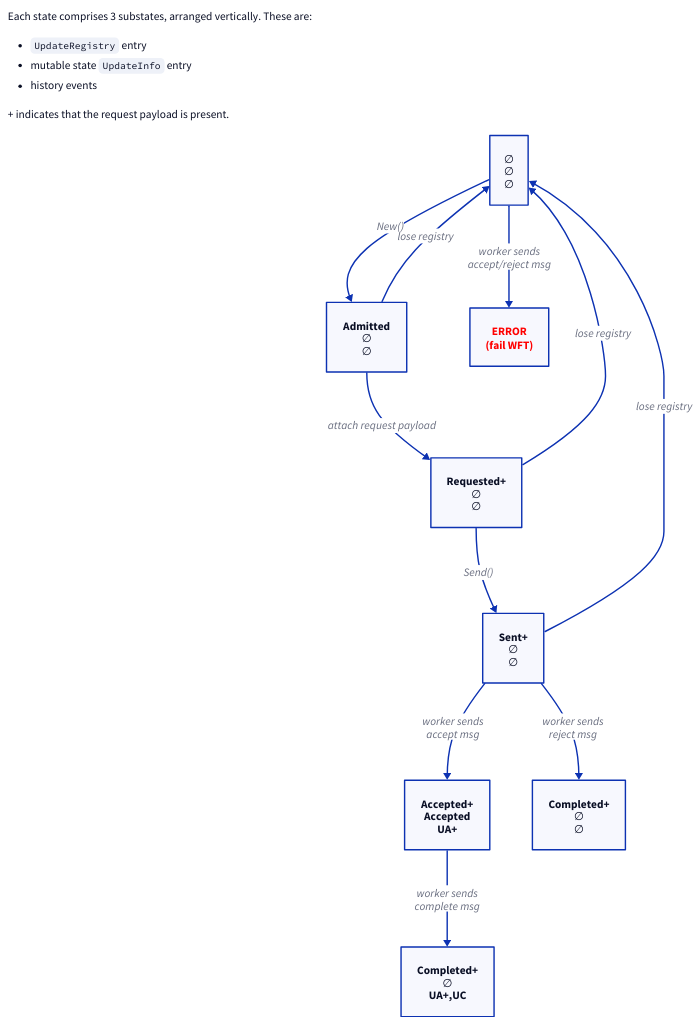
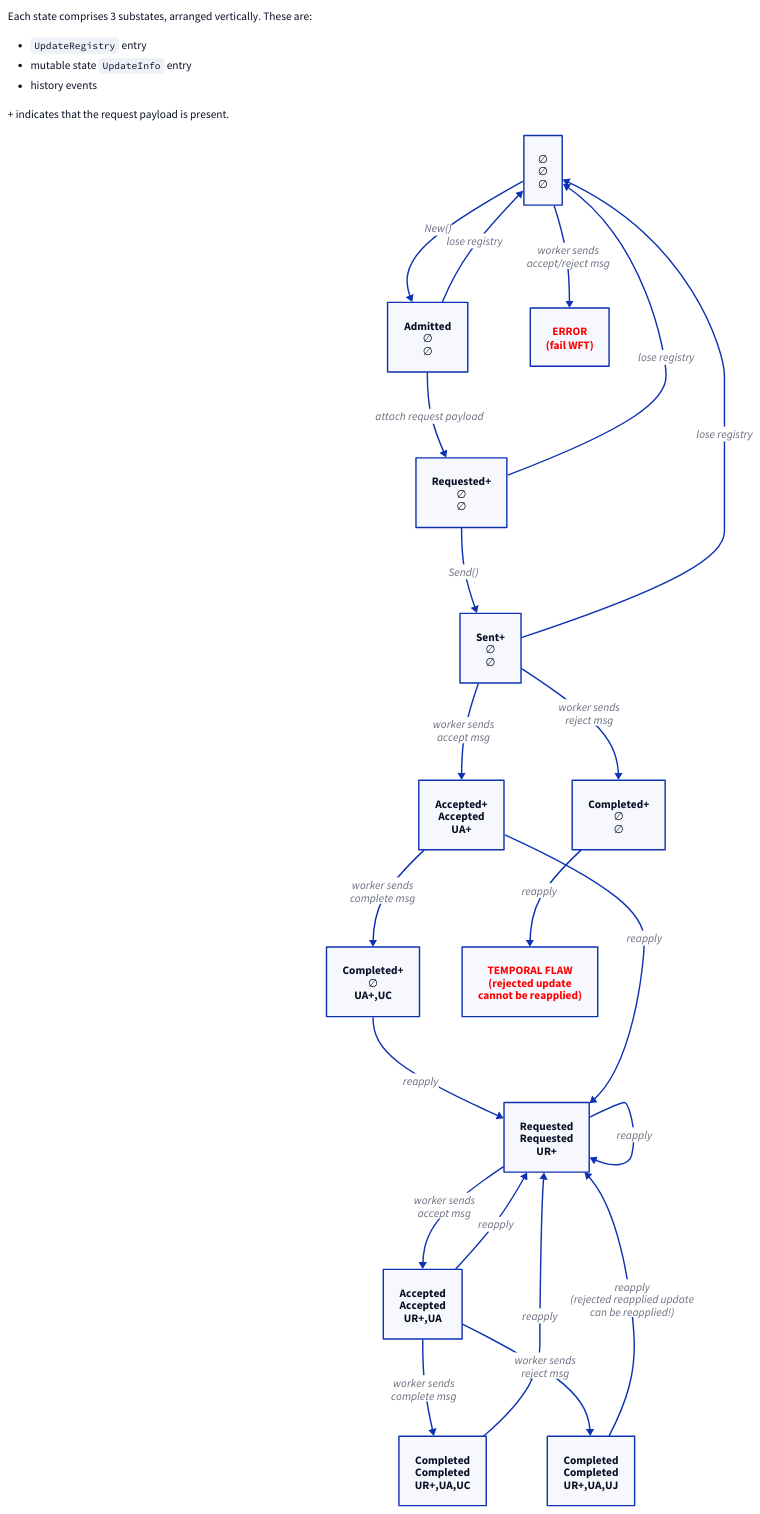
One commit to dandavison/temporalio-notes changed the diagram in diagrams/update-sm-all.d2. Above: the diagram before and after it, drawn with D2.

Commit message:
Add reapply state machine

```diff
--- a/diagrams/update-sm-all.d2
+++ b/diagrams/update-sm-all.d2
@@ -1,48 +1,80 @@
 explanation: |md
   Each state comprises 3 substates, arranged vertically. These are:
   - `UpdateRegistry` entry
   - mutable state `UpdateInfo` entry
   - history events
 
   \+ indicates that the request payload is present.
 | {near: top-left}
 
 ∅ -> Admitted: New()
 Admitted -> Requested+: attach request payload
 Requested+ -> Sent+: Send()
 Sent+ -> Accepted+: worker sends\naccept msg
 Accepted+ -> Completed+: worker sends\ncomplete msg
 Sent+ -> Rejected+: worker sends\nreject msg
 
 Admitted -> ∅: lose registry
 Requested+ -> ∅: lose registry
 Sent+ -> ∅: lose registry
 # Accepted+ -> Accepted+: lose registry
 
 ∅ -> fail-wft: worker sends\naccept/reject msg
 
 ∅: {
   label: ∅\n∅\n∅\n
 }
 Sent+: {
   label: Sent+\n∅\n∅
 }
 Admitted: {
   label: Admitted\n∅\n∅
 }
 Requested+: {
   label: Requested+\n∅\n∅
 }
 Accepted+: {
   label: Accepted+\nAccepted\nUA+
 }
 Completed+: {
   label: Completed+\n∅\nUA+,UC
 }
 Rejected+: {
   label: Completed+\n∅\n∅
 }
 fail-wft: {
   label: ERROR\n(fail WFT)
   style.font-color: red
 }
+
+# With reapplied updates
+Completed+ -> ReappliedR: reapply
+Accepted+ -> ReappliedR: reapply
+Rejected+ -> bug-reapply-rejected: reapply
+ReappliedR -> ReappliedRA: worker sends\naccept msg
+ReappliedRA -> ReappliedRAC: worker sends\ncomplete msg
+ReappliedRA -> ReappliedRAJ: worker sends\nreject msg
+
+# Multiple reapplies
+ReappliedR -> ReappliedR: reapply
+ReappliedRA -> ReappliedR: reapply
+ReappliedRAC -> ReappliedR: reapply
+ReappliedRAJ -> ReappliedR: reapply\n(rejected reapplied update\ncan be reapplied!)
+
+# Reapply states
+ReappliedR: {
+  label: Requested\nRequested\nUR+
+}
+ReappliedRA: {
+  label: Accepted\nAccepted\nUR+,UA
+}
+ReappliedRAC: {
+  label: Completed\nCompleted\nUR+,UA,UC
+}
+ReappliedRAJ: {
+  label: Completed\nCompleted\nUR+,UA,UJ
+}
+bug-reapply-rejected: {
+  label: TEMPORAL FLAW\n(rejected update\ncannot be reapplied)
+  style.font-color: red
+}
```
